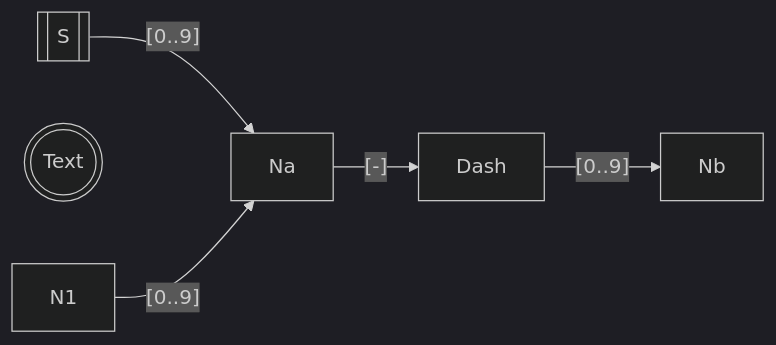
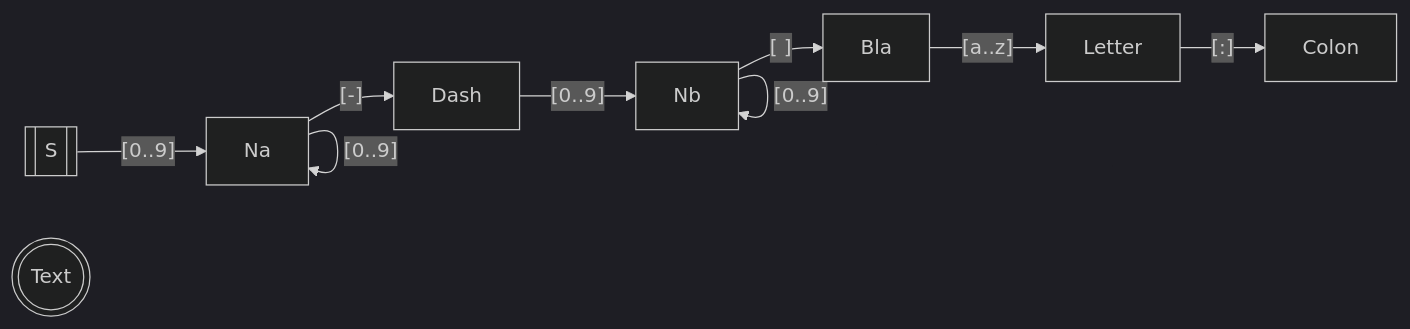
Before and after one commit to jepoen/screencasts: the second of 2 diagrams in rust/adventofcode-2020/day02/README.md, drawn with Mermaid (dark theme).

Commit message:
test mermaid

```diff
--- a/rust/adventofcode-2020/day02/README.md
+++ b/rust/adventofcode-2020/day02/README.md
@@ -45,10 +45,14 @@
 ~~~mermaid
 flowchart LR;
 S[[S]];
 Text(((Text)));
 
 S-->|"[0..9]"|Na;
-N1-->|"[0..9]"|Na;
+Na-->|"[0..9]"|Na;
 Na-->|"[-]"|Dash;
 Dash-->|"[0..9]"|Nb;
+Nb-->|"[0..9]"|Nb;
+Nb-->|"[ ]"|Bla;
+Bla-->|"[a..z]"|Letter;
+Letter-->|"[:]"|Colon;
 ~~~
```
